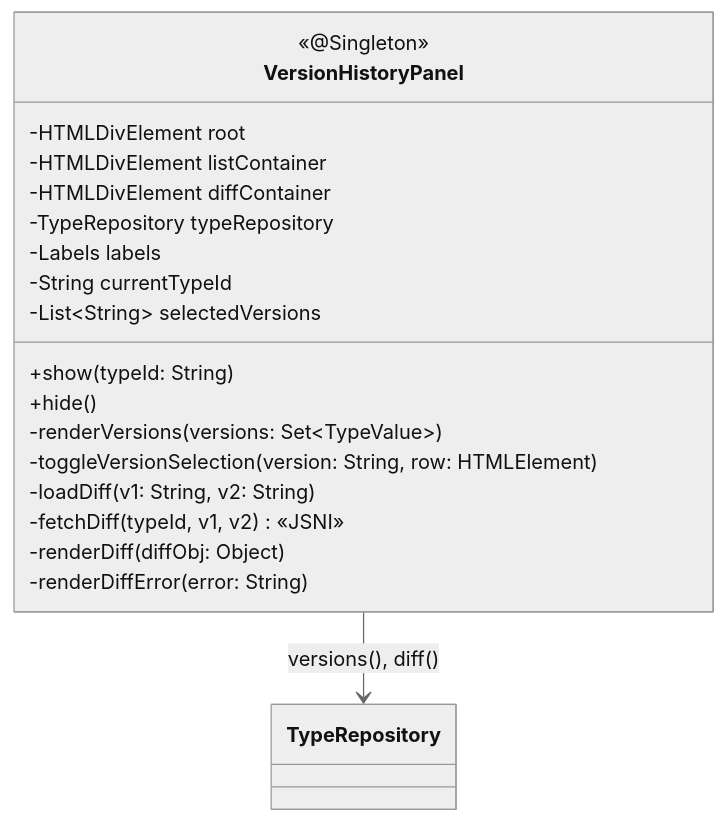
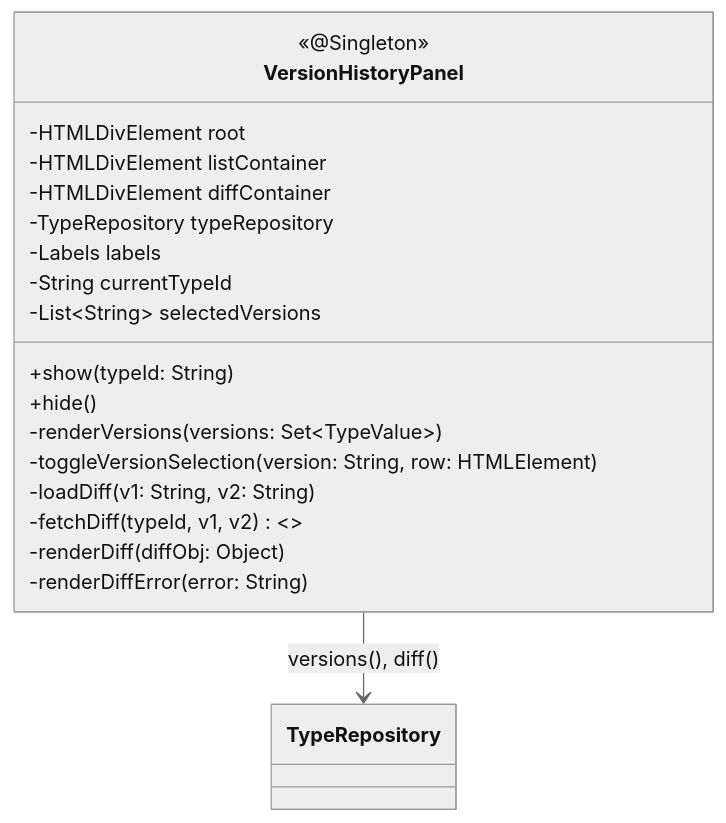
One commit to sayaya1090/handbook changed the seventh of 11 diagrams in type-ui/CLASS-DIAGRAM.md. Above: the diagram before and after it, drawn with Mermaid (neutral theme). The commit also changed other lines of this file and 22 other files, not shown here.

First line of the commit message:
docs: Mermaid 다이어그램 렌더링 오류 수정을 위한 구문 전수 교정

````diff
--- a/type-ui/CLASS-DIAGRAM.md
+++ b/type-ui/CLASS-DIAGRAM.md
@@ -459,23 +459,23 @@
 ```mermaid
 classDiagram
     class VersionHistoryPanel {
         <<@Singleton>>
         -HTMLDivElement root
         -HTMLDivElement listContainer
         -HTMLDivElement diffContainer
         -TypeRepository typeRepository
         -Labels labels
         -String currentTypeId
         -List~String~ selectedVersions
         +show(typeId: String)
         +hide()
         -renderVersions(versions: Set~TypeValue~)
         -toggleVersionSelection(version: String, row: HTMLElement)
         -loadDiff(v1: String, v2: String)
-        -fetchDiff(typeId, v1, v2) «JSNI»
+        -fetchDiff(typeId, v1, v2) <<JSNI>>
         -renderDiff(diffObj: Object)
         -renderDiffError(error: String)
     }
 
     VersionHistoryPanel --> TypeRepository : versions(), diff()
 ```
````
